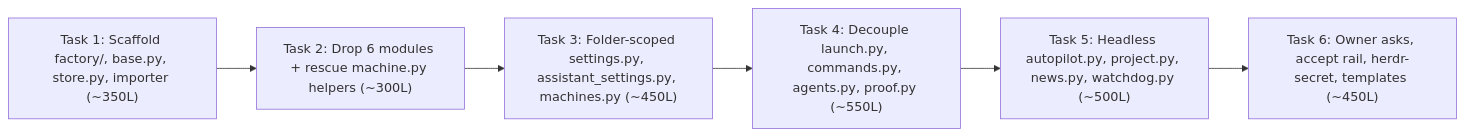
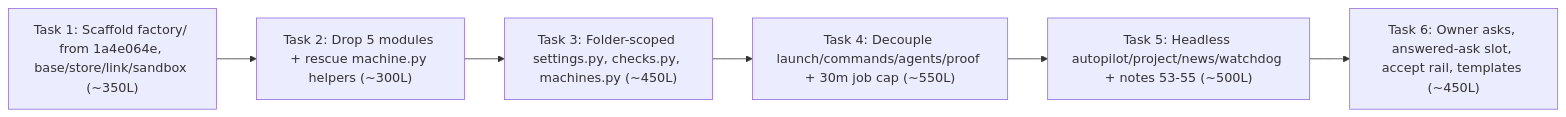
One commit to kccarlos/herdr-sheepdog changed the diagram in docs/dev/factory/engine-audit.md. Above: the diagram before and after it, drawn with Mermaid. The commit also changed other lines of this file, not shown here.

Commit message:
docs(factory): rebase engine audit on 1a4e064e (FAC-116) and map section 5 gaps

````diff
--- a/docs/dev/factory/engine-audit.md
+++ b/docs/dev/factory/engine-audit.md
@@ -295,8 +320,8 @@
 ```mermaid
 flowchart LR
-  T1["Task 1: Scaffold factory/, base.py, store.py, importer (~350L)"] --> T2["Task 2: Drop 6 modules + rescue machine.py helpers (~300L)"]
-  T2 --> T3["Task 3: Folder-scoped settings.py, assistant_settings.py, machines.py (~450L)"]
-  T3 --> T4["Task 4: Decouple launch.py, commands.py, agents.py, proof.py (~550L)"]
-  T4 --> T5["Task 5: Headless autopilot.py, project.py, news.py, watchdog.py (~500L)"]
-  T5 --> T6["Task 6: Owner asks, accept rail, herdr-secret, templates (~450L)"]
+  T1["Task 1: Scaffold factory/ from 1a4e064e, base/store/link/sandbox (~350L)"] --> T2["Task 2: Drop 5 modules + rescue machine.py helpers (~300L)"]
+  T2 --> T3["Task 3: Folder-scoped settings.py, checks.py, machines.py (~450L)"]
+  T3 --> T4["Task 4: Decouple launch/commands/agents/proof + 30m job cap (~550L)"]
+  T4 --> T5["Task 5: Headless autopilot/project/news/watchdog + notes 53-55 (~500L)"]
+  T5 --> T6["Task 6: Owner asks, answered-ask slot, accept rail, templates (~450L)"]
 ```
````
